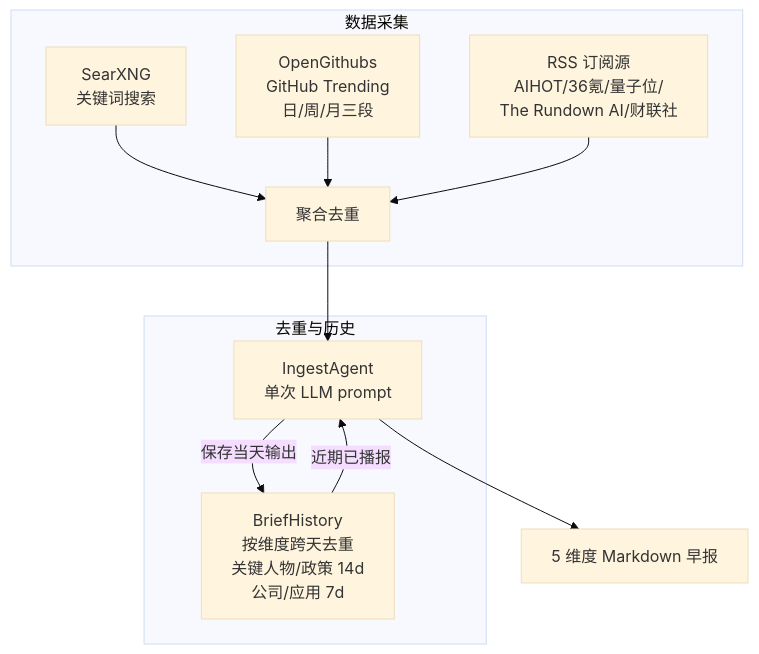
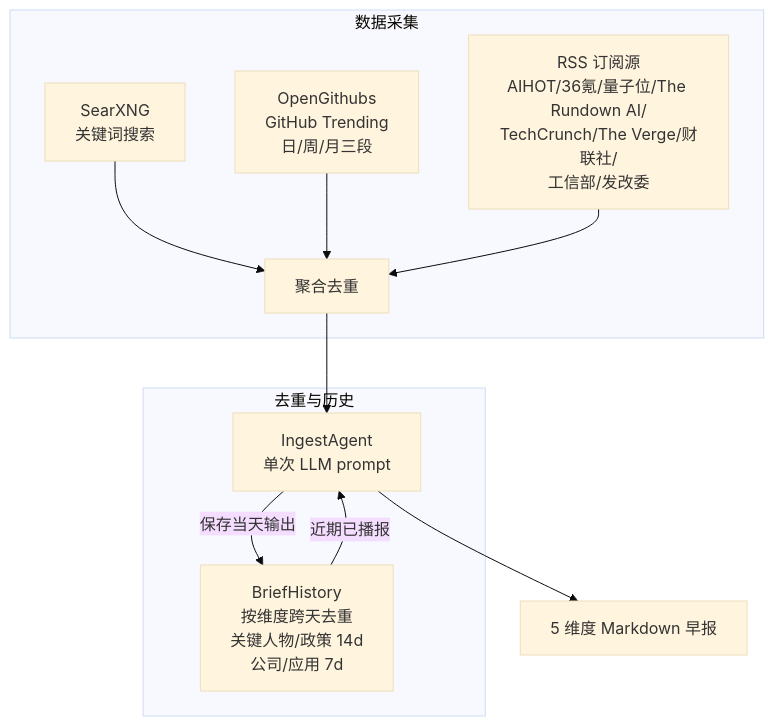
The diagram in docs/ingest/README.md (xinovate/linglong-knowledge), drawn with Mermaid (base theme) before and after one commit. The commit also changed other lines of this file and 4 other files, not shown here.

````diff
--- a/docs/ingest/README.md
+++ b/docs/ingest/README.md
@@ -40,16 +40,16 @@
 ```mermaid
 graph TD
     subgraph 数据采集
         A1[SearXNG<br/>关键词搜索] --> D[聚合去重]
         A2[OpenGithubs<br/>GitHub Trending<br/>日/周/月三段] --> D
-        A3[RSS 订阅源<br/>AIHOT/36氪/量子位/<br/>The Rundown AI/财联社] --> D
+        A3[RSS 订阅源<br/>AIHOT/36氪/量子位/The Rundown AI/<br/>TechCrunch/The Verge/财联社/<br/>工信部/发改委] --> D
     end
 
     D --> E[IngestAgent<br/>单次 LLM prompt]
     E --> F[5 维度 Markdown 早报]
 
     subgraph 去重与历史
         G[BriefHistory<br/>按维度跨天去重<br/>关键人物/政策 14d<br/>公司/应用 7d] -->|近期已播报| E
         E -->|保存当天输出| G
     end
 ```
````
